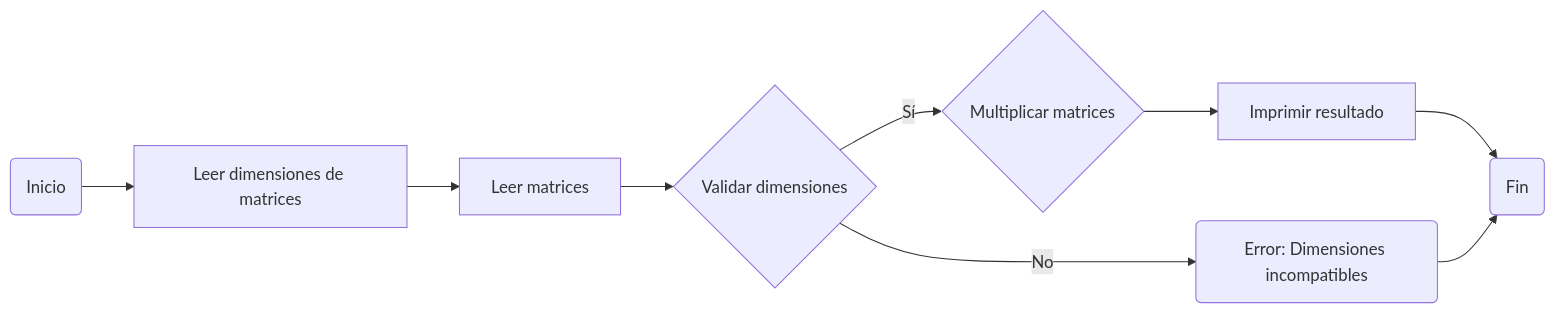
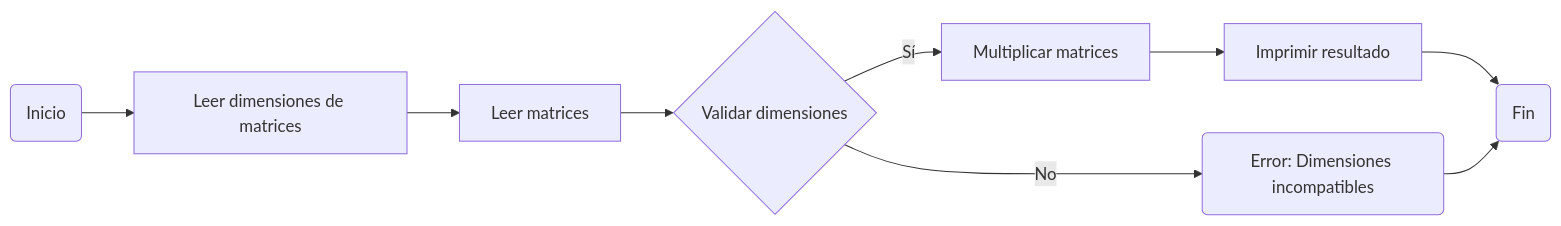
The second of 5 diagrams in README.md (alejandrorojassg/11th_repo), drawn with Mermaid before and after one commit. The commit also changed other lines of this file, not shown here.

````diff
--- a/README.md
+++ b/README.md
@@ -76,12 +76,12 @@
 ```mermaid
 flowchart LR
     A(Inicio) --> B[Leer dimensiones de matrices]
     B --> C[Leer matrices]
     C --> D{Validar dimensiones}
     D -- No --> E(Error: Dimensiones incompatibles)
-    D -- Sí --> F{Multiplicar matrices}
+    D -- Sí --> F[Multiplicar matrices]
     F --> G[Imprimir resultado]
     G --> H(Fin)
     E --> H
 
 ```
````
